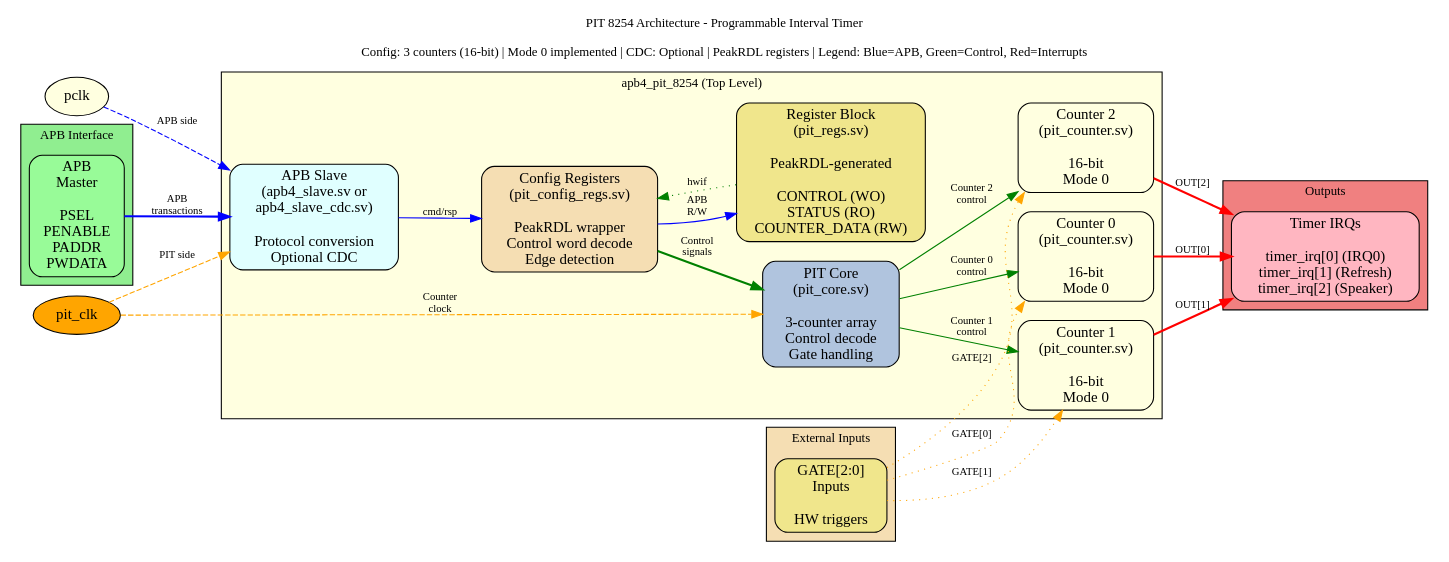
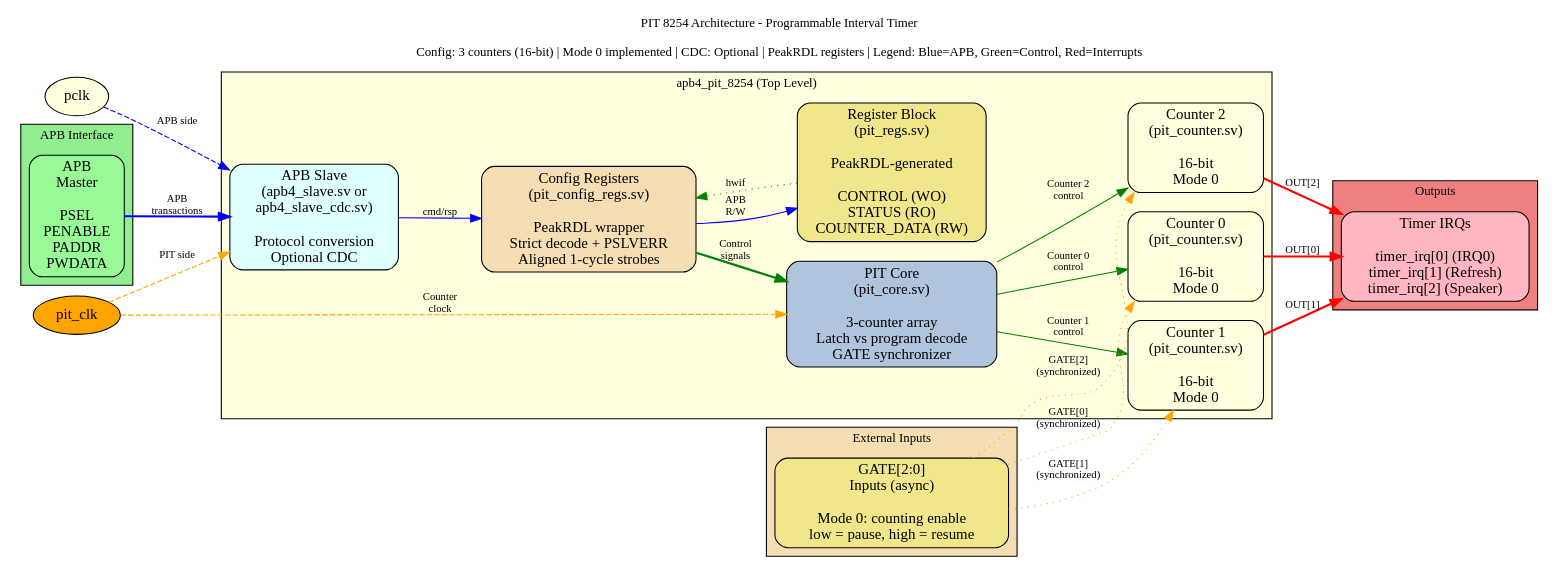
The diagram in projects/components/retro_legacy_blocks/rtl/pit_8254/docs/assets/graphviz/pit_architecture.gv (sean-galloway/RTLDesignSherpa), drawn with Graphviz before and after one commit. The commit also changed 22 other files, not shown here.

First line of the commit message:
fix(rlb/pit_8254): GATE pause/resume, latch command, byte lanes, glitch-free loads, strict decode (#52)

```diff
--- a/projects/components/retro_legacy_blocks/rtl/pit_8254/docs/assets/graphviz/pit_architecture.gv
+++ b/projects/components/retro_legacy_blocks/rtl/pit_8254/docs/assets/graphviz/pit_architecture.gv
@@ -1,95 +1,95 @@
 // PIT_8254 Architecture Block Diagram
 // Purpose: Show Intel 8254-compatible PIT module hierarchy with APB interface
 
 digraph pit_architecture {
     rankdir=LR;
     node [shape=box, style="rounded,filled", fillcolor=lightblue];
     edge [fontsize=10];
 
     // Title with compact info
     label="PIT 8254 Architecture - Programmable Interval Timer\n\nConfig: 3 counters (16-bit) | Mode 0 implemented | CDC: Optional | PeakRDL registers | Legend: Blue=APB, Green=Control, Red=Interrupts";
     labelloc="t";
     fontsize=12;
 
     // APB Interface (External)
     subgraph cluster_apb {
         label="APB Interface";
         style=filled;
         fillcolor=lightgreen;
         
         apb_in [label="APB\nMaster\n\nPSEL\nPENABLE\nPADDR\nPWDATA", fillcolor=palegreen];
     }
 
     // apb4_pit_8254 Top Level
     subgraph cluster_top {
         label="apb4_pit_8254 (Top Level)";
         style=filled;
         fillcolor=lightyellow;
 
         // APB Slave
         apb4_slave [label="APB Slave\n(apb4_slave.sv or\napb4_slave_cdc.sv)\n\nProtocol conversion\nOptional CDC", fillcolor=lightcyan];
         
         // Config Registers
-        config_regs [label="Config Registers\n(pit_config_regs.sv)\n\nPeakRDL wrapper\nControl word decode\nEdge detection", fillcolor=wheat];
+        config_regs [label="Config Registers\n(pit_config_regs.sv)\n\nPeakRDL wrapper\nStrict decode + PSLVERR\nAligned 1-cycle strobes", fillcolor=wheat];
         
         peakrdl_regs [label="Register Block\n(pit_regs.sv)\n\nPeakRDL-generated\n\nCONTROL (WO)\nSTATUS (RO)\nCOUNTER_DATA (RW)", fillcolor=khaki];
         
         // PIT Core
-        pit_core [label="PIT Core\n(pit_core.sv)\n\n3-counter array\nControl decode\nGate handling", fillcolor=lightsteelblue];
+        pit_core [label="PIT Core\n(pit_core.sv)\n\n3-counter array\nLatch vs program decode\nGATE synchronizer", fillcolor=lightsteelblue];
         
         // Individual Counters
         counter0 [label="Counter 0\n(pit_counter.sv)\n\n16-bit\nMode 0", fillcolor=lightyellow];
         counter1 [label="Counter 1\n(pit_counter.sv)\n\n16-bit\nMode 0", fillcolor=lightyellow];
         counter2 [label="Counter 2\n(pit_counter.sv)\n\n16-bit\nMode 0", fillcolor=lightyellow];
     }
 
     // External Inputs
     subgraph cluster_inputs {
         label="External Inputs";
         style=filled;
         fillcolor=wheat;
         
-        gates [label="GATE[2:0]\nInputs\n\nHW triggers", fillcolor=khaki];
+        gates [label="GATE[2:0]\nInputs (async)\n\nMode 0: counting enable\nlow = pause, high = resume", fillcolor=khaki];
     }
 
     // Outputs
     subgraph cluster_outputs {
         label="Outputs";
         style=filled;
         fillcolor=lightcoral;
         
         interrupts [label="Timer IRQs\n\ntimer_irq[0] (IRQ0)\ntimer_irq[1] (Refresh)\ntimer_irq[2] (Speaker)", fillcolor=lightpink];
     }
 
     // APB Data Flow (Blue)
     apb_in -> apb4_slave [label="APB\ntransactions", color=blue, style=bold];
     apb4_slave -> config_regs [label="cmd/rsp", color=blue];
     config_regs -> peakrdl_regs [label="APB\nR/W", color=blue];
     
     // Register to Core (Green)
     peakrdl_regs -> config_regs [label="hwif", color=green, style=dotted];
     config_regs -> pit_core [label="Control\nsignals", color=green, style=bold];
     
     // Core to Counters
     pit_core -> counter0 [label="Counter 0\ncontrol", color=green];
     pit_core -> counter1 [label="Counter 1\ncontrol", color=green];
     pit_core -> counter2 [label="Counter 2\ncontrol", color=green];
     
     // Gates to Counters
-    gates -> counter0 [label="GATE[0]", color=orange, style=dotted];
-    gates -> counter1 [label="GATE[1]", color=orange, style=dotted];
-    gates -> counter2 [label="GATE[2]", color=orange, style=dotted];
+    gates -> counter0 [label="GATE[0]\n(synchronized)", color=orange, style=dotted];
+    gates -> counter1 [label="GATE[1]\n(synchronized)", color=orange, style=dotted];
+    gates -> counter2 [label="GATE[2]\n(synchronized)", color=orange, style=dotted];
     
     // Counter Outputs to Interrupts
     counter0 -> interrupts [label="OUT[0]", color=red, style=bold];
     counter1 -> interrupts [label="OUT[1]", color=red, style=bold];
     counter2 -> interrupts [label="OUT[2]", color=red, style=bold];
     
     // Clocking
     clk_apb [label="pclk", shape=ellipse, fillcolor=lightyellow];
     clk_pit [label="pit_clk", shape=ellipse, fillcolor=orange];
     
     clk_apb -> apb4_slave [label="APB side", color=blue, style=dashed];
     clk_pit -> apb4_slave [label="PIT side", color=orange, style=dashed];
     clk_pit -> pit_core [label="Counter\nclock", color=orange, style=dashed];
 }
```
